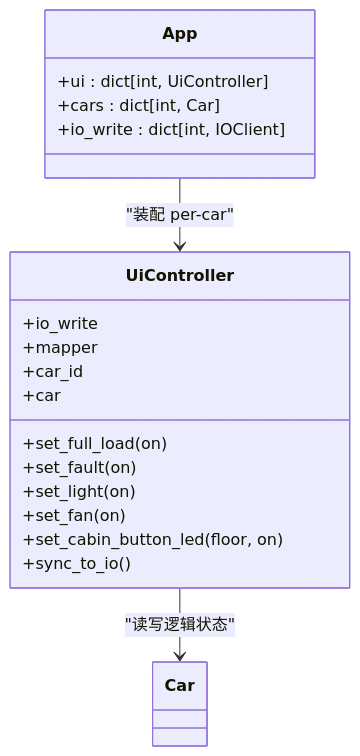
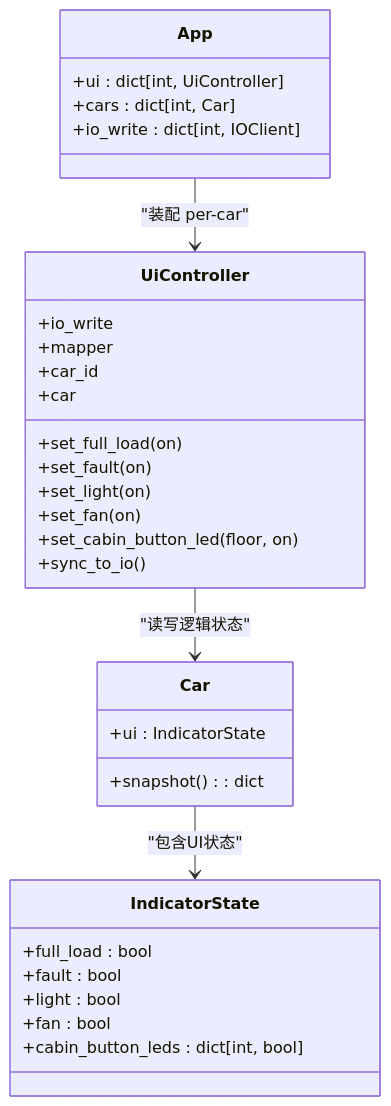
The second of 3 diagrams in .qoder/repowiki/zh/content/小脑模块.md (xmb505/Haku_EET), drawn with Mermaid before and after one commit. The commit also changed other lines of this file and 37 other files, not shown here.

First line of the commit message:
docs(architecture): 更新三层架构和模块职责说明

````diff
--- a/.qoder/repowiki/zh/content/小脑模块.md
+++ b/.qoder/repowiki/zh/content/小脑模块.md
@@ -106,22 +116,34 @@
 ```mermaid
 classDiagram
+class IndicatorState {
++full_load : bool
++fault : bool
++light : bool
++fan : bool
++cabin_button_leds : dict[int, bool]
+}
+class Car {
++ui : IndicatorState
++snapshot() : dict
+}
 class UiController {
 +io_write
 +mapper
 +car_id
 +car
 +set_full_load(on)
 +set_fault(on)
 +set_light(on)
 +set_fan(on)
 +set_cabin_button_led(floor, on)
 +sync_to_io()
 }
 class App {
 +ui : dict[int, UiController]
 +cars : dict[int, Car]
 +io_write : dict[int, IOClient]
 }
 App --> UiController : "装配 per-car"
 UiController --> Car : "读写逻辑状态"
+Car --> IndicatorState : "包含UI状态"
 ```
````
